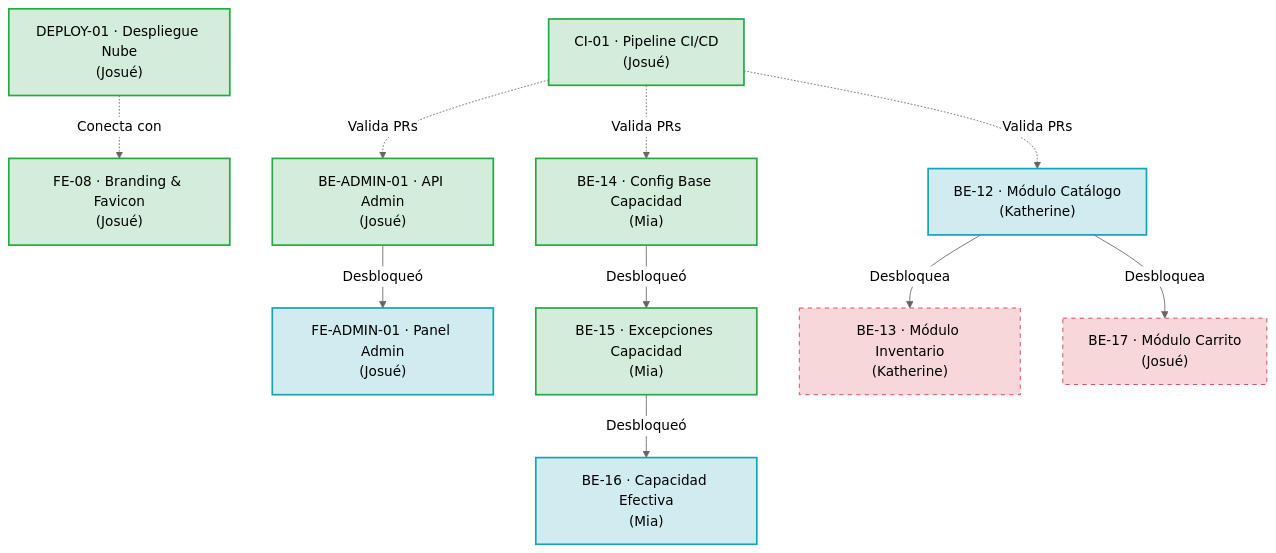
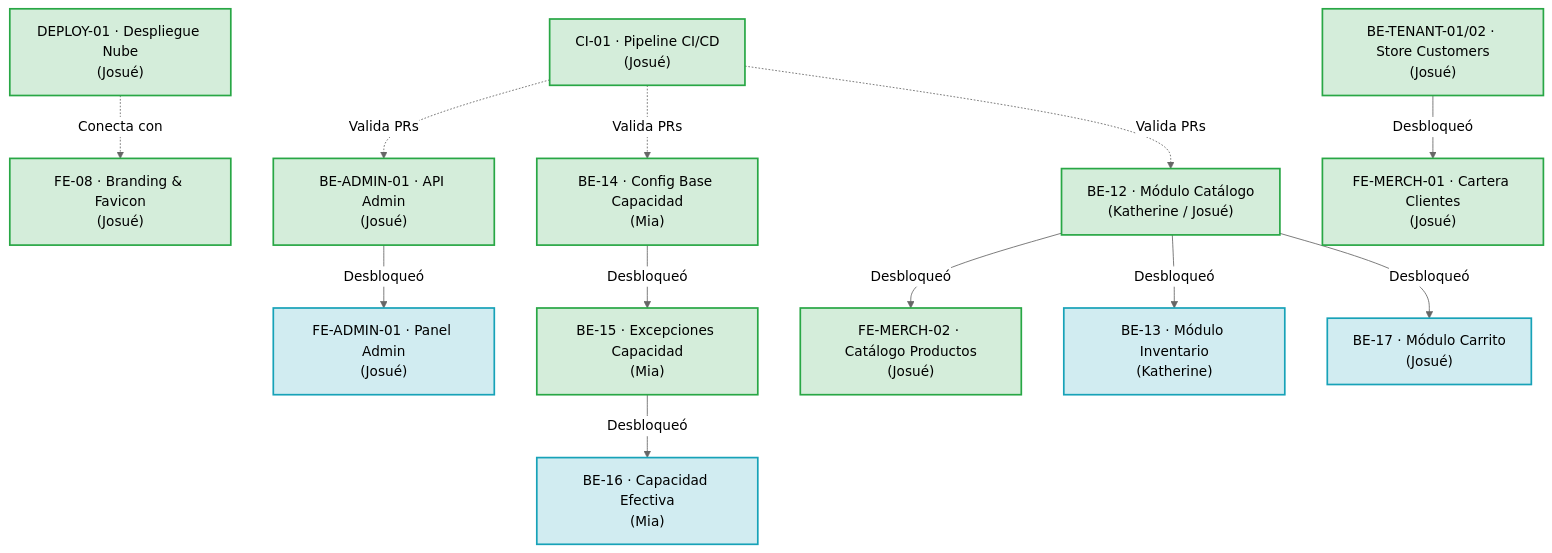
The second of 2 diagrams in docs/06-scrum/sprint-03.md (iJosueeh/jaldishop), drawn with Mermaid (neutral theme) before and after one commit. The commit also changed other lines of this file and 57 other files, not shown here.

````diff
--- a/docs/06-scrum/sprint-03.md
+++ b/docs/06-scrum/sprint-03.md
@@ -427,29 +461,34 @@
 ```mermaid
 graph TD
     classDef done fill:#d4edda,stroke:#28a745,stroke-width:2px;
     classDef progress fill:#d1ecf1,stroke:#17a2b8,stroke-width:2px;
     classDef review fill:#fff3cd,stroke:#ffc107,stroke-width:2px;
     classDef locked fill:#f8d7da,stroke:#dc3545,stroke-width:1px,stroke-dasharray: 5 5;
 
     CI01["CI-01 · Pipeline CI/CD<br/>(Josué)"]:::done
     DEPLOY01["DEPLOY-01 · Despliegue Nube<br/>(Josué)"]:::done
     FE08["FE-08 · Branding & Favicon<br/>(Josué)"]:::done
     BEADMIN01["BE-ADMIN-01 · API Admin<br/>(Josué)"]:::done
     FEADMIN01["FE-ADMIN-01 · Panel Admin<br/>(Josué)"]:::progress
     BE14["BE-14 · Config Base Capacidad<br/>(Mia)"]:::done
     BE15["BE-15 · Excepciones Capacidad<br/>(Mia)"]:::done
     BE16["BE-16 · Capacidad Efectiva<br/>(Mia)"]:::progress
-    BE12["BE-12 · Módulo Catálogo<br/>(Katherine)"]:::progress
-    BE13["BE-13 · Módulo Inventario<br/>(Katherine)"]:::locked
-    BE17["BE-17 · Módulo Carrito<br/>(Josué)"]:::locked
+    BE12["BE-12 · Módulo Catálogo<br/>(Katherine / Josué)"]:::done
+    BETENANT01["BE-TENANT-01/02 · Store Customers<br/>(Josué)"]:::done
+    FEMERCH01["FE-MERCH-01 · Cartera Clientes<br/>(Josué)"]:::done
+    FEMERCH02["FE-MERCH-02 · Catálogo Productos<br/>(Josué)"]:::done
+    BE13["BE-13 · Módulo Inventario<br/>(Katherine)"]:::progress
+    BE17["BE-17 · Módulo Carrito<br/>(Josué)"]:::progress
 
     CI01 -. Valida PRs .-> BE12
     CI01 -. Valida PRs .-> BE14
     CI01 -. Valida PRs .-> BEADMIN01
     DEPLOY01 -. Conecta con .-> FE08
     BEADMIN01 -->|Desbloqueó| FEADMIN01
     BE14 -->|Desbloqueó| BE15
     BE15 -->|Desbloqueó| BE16
-    BE12 -->|Desbloquea| BE13
-    BE12 -->|Desbloquea| BE17
+    BE12 -->|Desbloqueó| BE13
+    BE12 -->|Desbloqueó| BE17
+    BE12 -->|Desbloqueó| FEMERCH02
+    BETENANT01 -->|Desbloqueó| FEMERCH01
 ```
````
